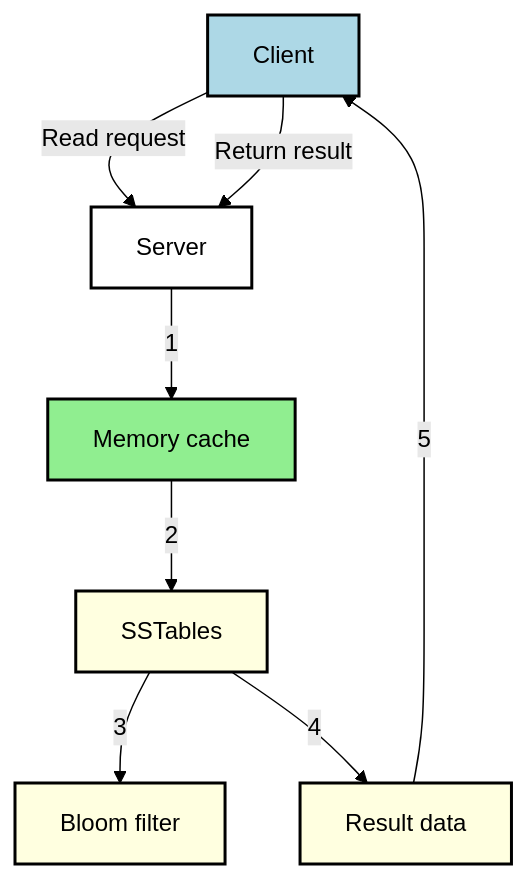
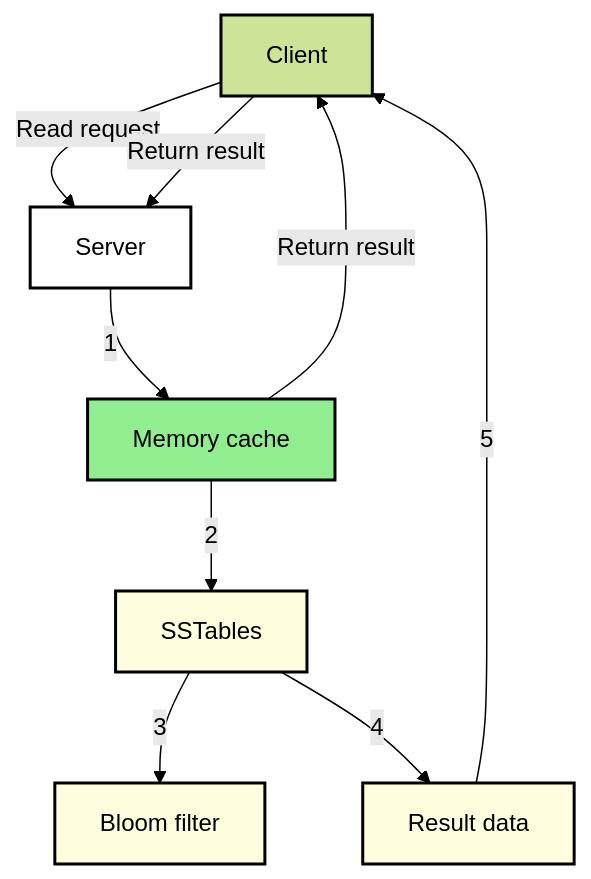
One commit to NalinDalal/system-design changed the seventh of 7 diagrams in 6.KeyValueStorage.md. Above: the diagram before and after it, drawn with Mermaid (forest theme). The commit also changed other lines of this file, not shown here.

````diff
--- a/6.KeyValueStorage.md
+++ b/6.KeyValueStorage.md
@@ -376,16 +255,19 @@
 ```mermaid
 graph TD
     A[Client] -->|Read request| B[Server]
     B -->|1| C[Memory cache]
     C -->|2| D[SSTables]
     D -->|3| E[Bloom filter]
     D -->|4| F[Result data]
     F -->|5| A
-    A -->|Return result| B
-    style A fill:#add8e6,stroke:#000,stroke-width:2px
-    style B fill:#ffffff,stroke:#000,stroke-width:2px
-    style C fill:#90ee90,stroke:#000,stroke-width:2px
-    style D fill:#ffffe0,stroke:#000,stroke-width:2px
-    style E fill:#ffffe0,stroke:#000,stroke-width:2px
-    style F fill:#ffffe0,stroke:#000,stroke-width:2px
+    A -->| Return result| B
+    
+    C -->|Return result| A
+
+    style A fill:#add86, stroke: #000, stroke-width: 2px 
+    style B fill:#ffffff, stroke:#000, stroke-width: 2px 
+    style C fill:#90ee90, stroke:#000, stroke-width: 2px 
+    style D fill:#ffffe0,stroke:#000, stroke-width:2px 
+    style E fill:#ffffe0,stroke:#000, stroke-width:2px 
+    style F fill:#ffffe0,stroke:#000, stroke-width: 2px
 ```
````
